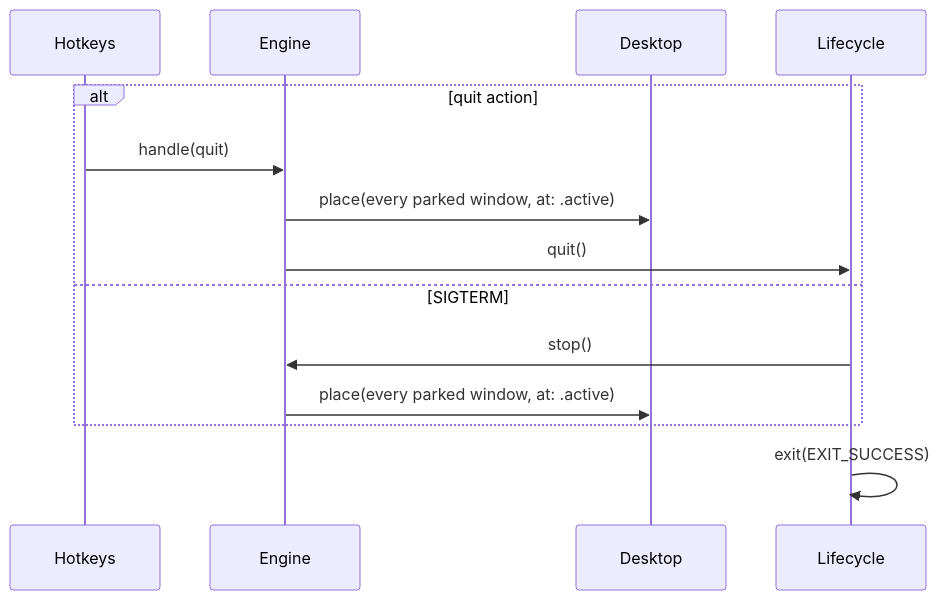
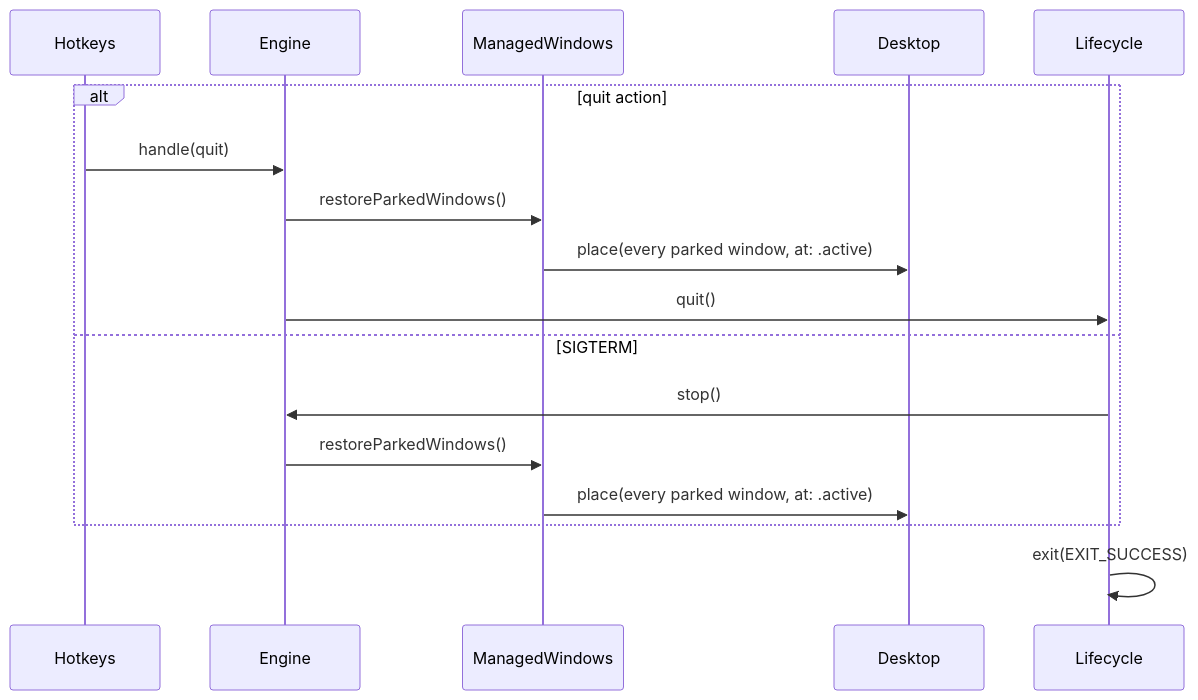
One commit to brennovich/ottowm changed diagram 14 of 18 in ARCHITECTURE.md. Above: the diagram before and after it, drawn with Mermaid. The commit also changed other lines of this file and 23 other files, not shown here.

````diff
--- a/ARCHITECTURE.md
+++ b/ARCHITECTURE.md
@@ -331,12 +357,14 @@
 ```mermaid
 sequenceDiagram
     alt quit action
         Hotkeys->>Engine: handle(quit)
-        Engine->>Desktop: place(every parked window, at: .active)
+        Engine->>ManagedWindows: restoreParkedWindows()
+        ManagedWindows->>Desktop: place(every parked window, at: .active)
         Engine->>Lifecycle: quit()
     else SIGTERM
         Lifecycle->>Engine: stop()
-        Engine->>Desktop: place(every parked window, at: .active)
+        Engine->>ManagedWindows: restoreParkedWindows()
+        ManagedWindows->>Desktop: place(every parked window, at: .active)
     end
     Lifecycle->>Lifecycle: exit(EXIT_SUCCESS)
 ```
````
